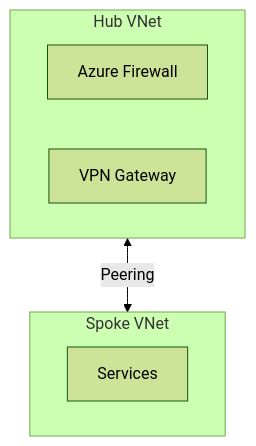
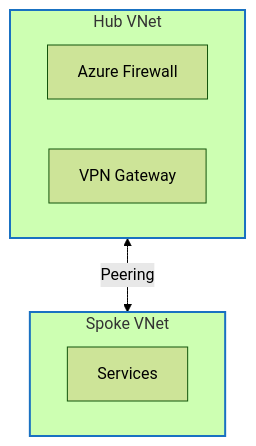
One commit to Reedboot/Triage-Saurus changed the ninth of 9 diagrams in Agents/ContextDiscoveryAgent.md. Above: the diagram before and after it, drawn with Mermaid (forest theme). The commit also changed 10 other files, not shown here.

````diff
--- a/Agents/ContextDiscoveryAgent.md
+++ b/Agents/ContextDiscoveryAgent.md
@@ -1459,13 +1459,15 @@
 ```mermaid
 flowchart TB
     subgraph Hub[Hub VNet]
         FW[Azure Firewall]
         VPN[VPN Gateway]
     end
     
     subgraph Spoke[Spoke VNet]
         Services[Services]
     end
     
     Hub <-->|Peering| Spoke
+    style Hub stroke:#1971c2,stroke-width:2px
+    style Spoke stroke:#1971c2,stroke-width:2px
 ```
````
